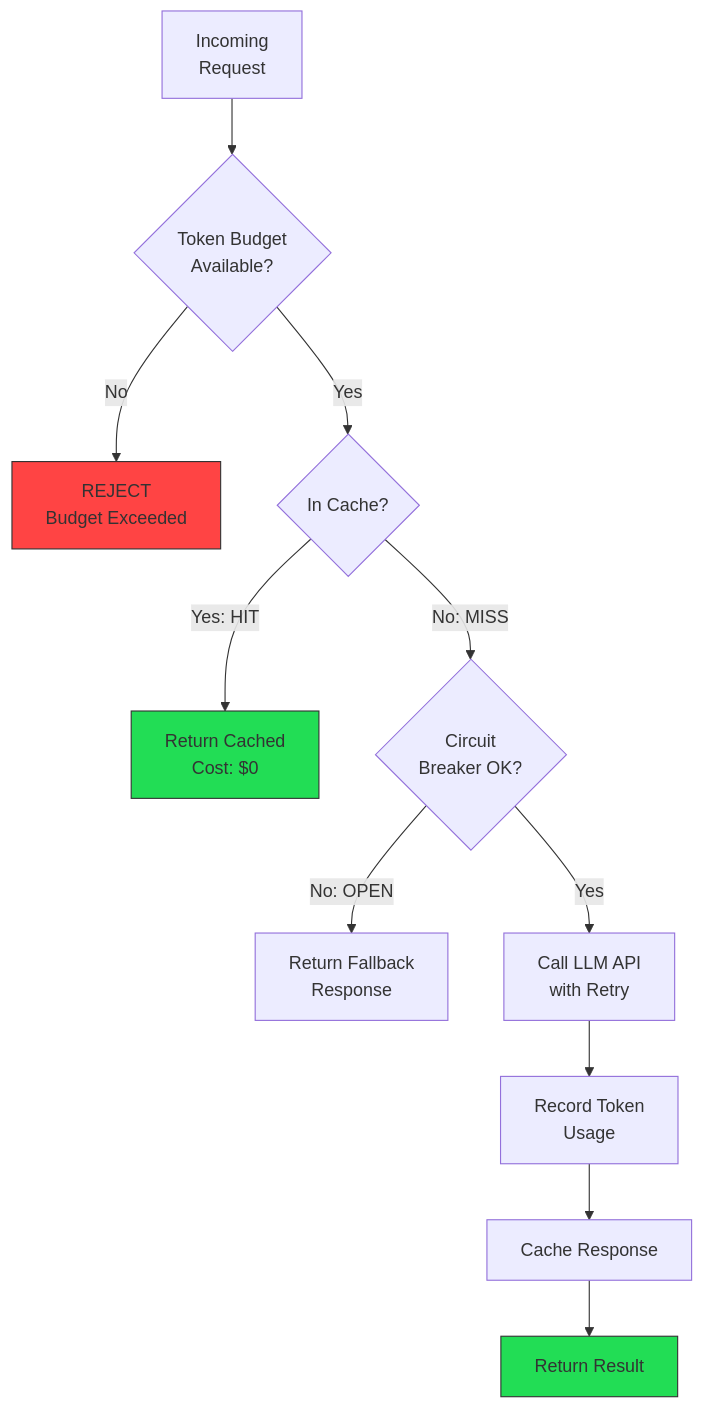
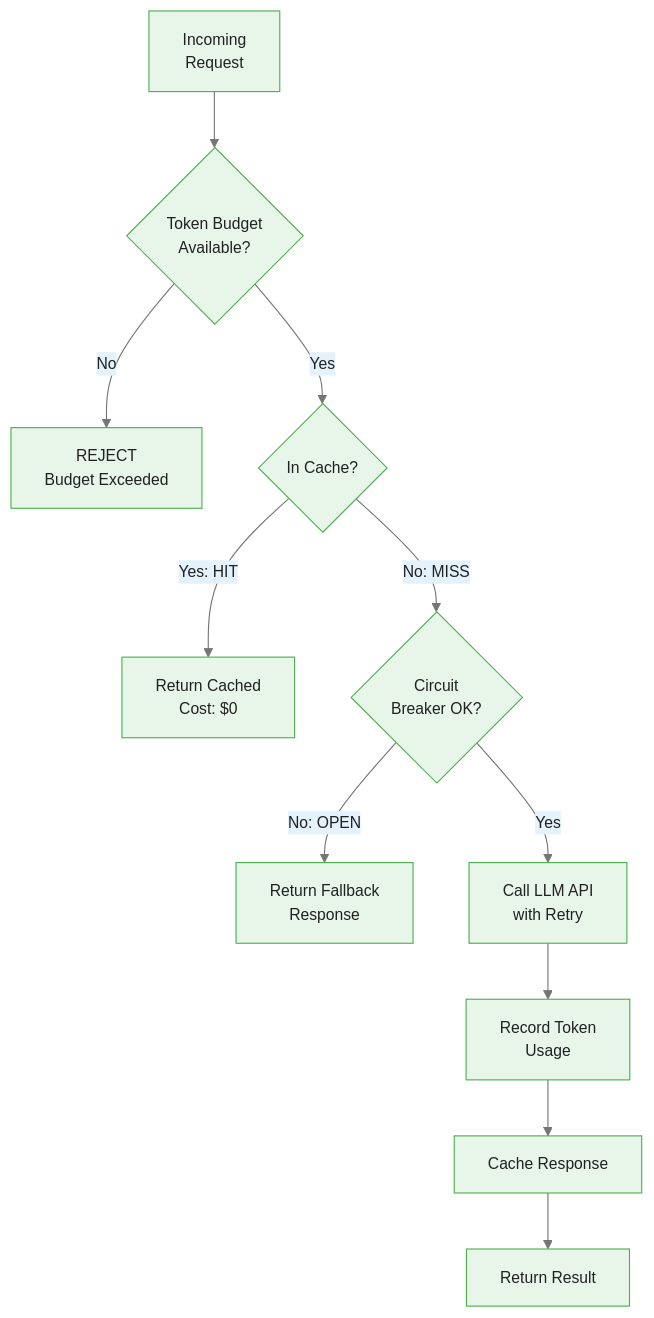
One commit to m-deane/course-creator changed the sixth of 7 diagrams in courses/genai-commodities/modules/module_06_production/guides/01_commodity_agents_slides.md. Above: the diagram before and after it, drawn with Mermaid. The commit also changed other lines of this file and 84 other files, not shown here.

````diff
--- a/courses/genai-commodities/modules/module_06_production/guides/01_commodity_agents_slides.md
+++ b/courses/genai-commodities/modules/module_06_production/guides/01_commodity_agents_slides.md
@@ -324,20 +361,17 @@
 ```mermaid
+%%{init: {"theme": "base", "themeVariables": {"primaryColor": "#e8f5e9", "primaryBorderColor": "#4caf50", "primaryTextColor": "#212121", "secondaryColor": "#e3f2fd", "tertiaryColor": "#fff8e1", "lineColor": "#757575", "fontFamily": "Inter, sans-serif", "fontSize": "14px"}}}%%
 flowchart TD
     A[Incoming<br/>Request] --> B{Token Budget<br/>Available?}
     B -->|No| C[REJECT<br/>Budget Exceeded]
     B -->|Yes| D{In Cache?}
 
     D -->|Yes: HIT| E[Return Cached<br/>Cost: $0]
     D -->|No: MISS| F{Circuit<br/>Breaker OK?}
 
     F -->|No: OPEN| G[Return Fallback<br/>Response]
     F -->|Yes| H[Call LLM API<br/>with Retry]
 
     H --> I[Record Token<br/>Usage]
     I --> J[Cache Response]
     J --> K[Return Result]
-
-    style C fill:#f44,stroke:#333
-    style E fill:#2d5,stroke:#333
-    style K fill:#2d5,stroke:#333
 ```
````
